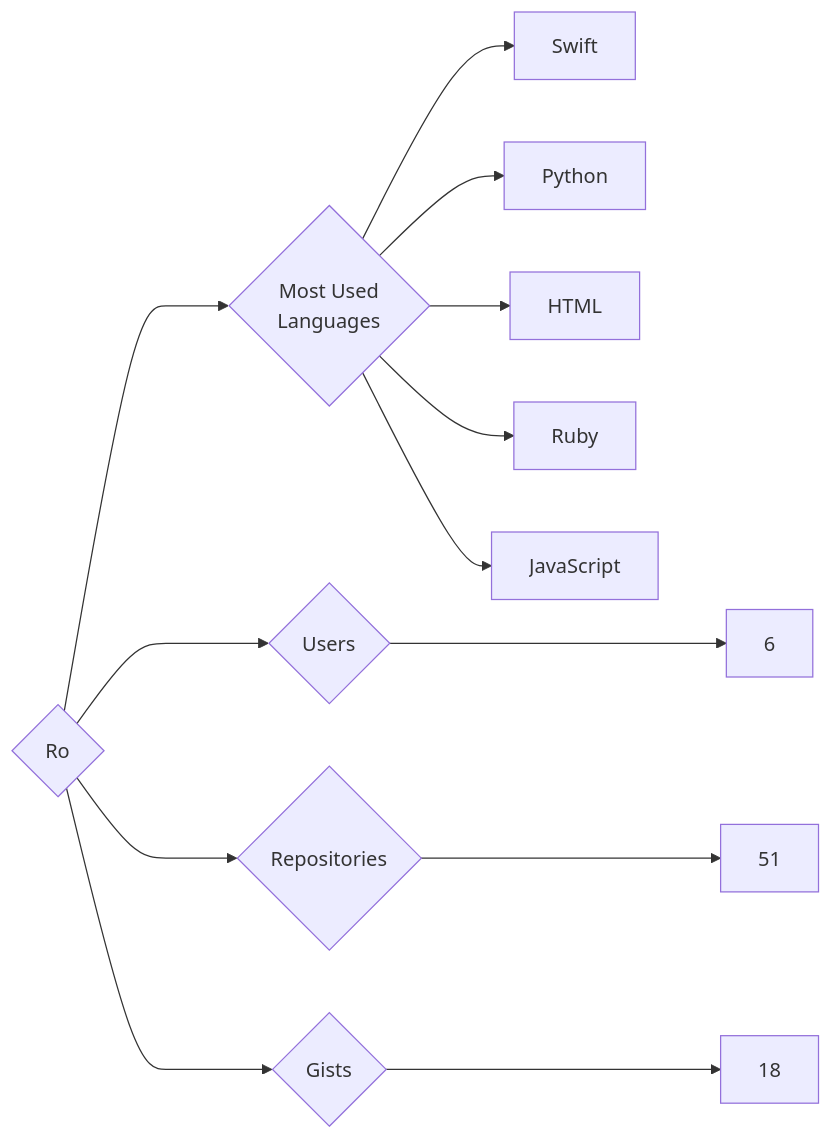
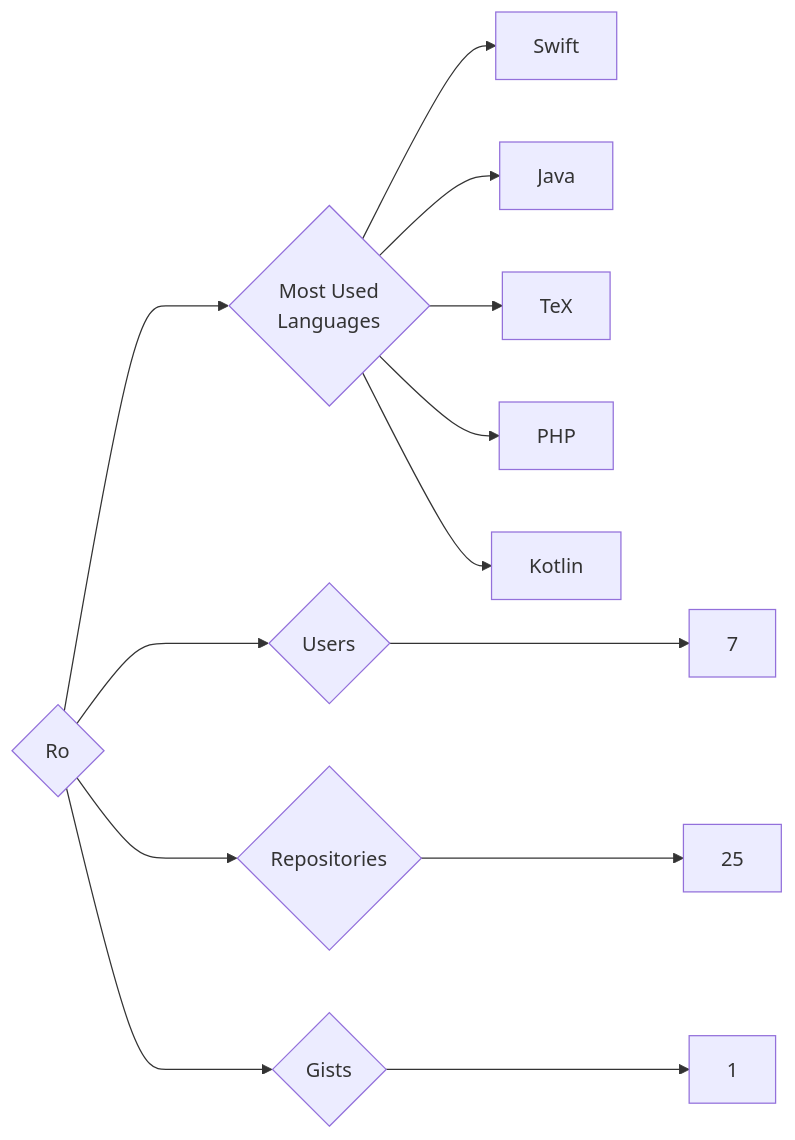
Before and after one commit to trickest/insiders: the diagram in targets/Ro/README.md, drawn with Mermaid. The commit also changed 1479 other files, not shown here.

````diff
--- a/targets/Ro/README.md
+++ b/targets/Ro/README.md
@@ -3,13 +3,13 @@
 ```mermaid
 graph LR
 COMPANY_NAME{Ro}
-COMPANY_NAME ---> U{Users} ---> UN[6]
-COMPANY_NAME ---> R{Repositories} ---> RN[51]
-COMPANY_NAME ---> G{Gists} ---> GN[18]
+COMPANY_NAME ---> U{Users} ---> UN[7]
+COMPANY_NAME ---> R{Repositories} ---> RN[25]
+COMPANY_NAME ---> G{Gists} ---> GN[1]
 COMPANY_NAME ---> ML{Most Used<br>Languages}
 ML --> Swift[Swift]
-ML --> Python[Python]
-ML --> HTML[HTML]
-ML --> Ruby[Ruby]
-ML --> JavaScript[JavaScript]
+ML --> Java[Java]
+ML --> TeX[TeX]
+ML --> PHP[PHP]
+ML --> Kotlin[Kotlin]
 ```
````
